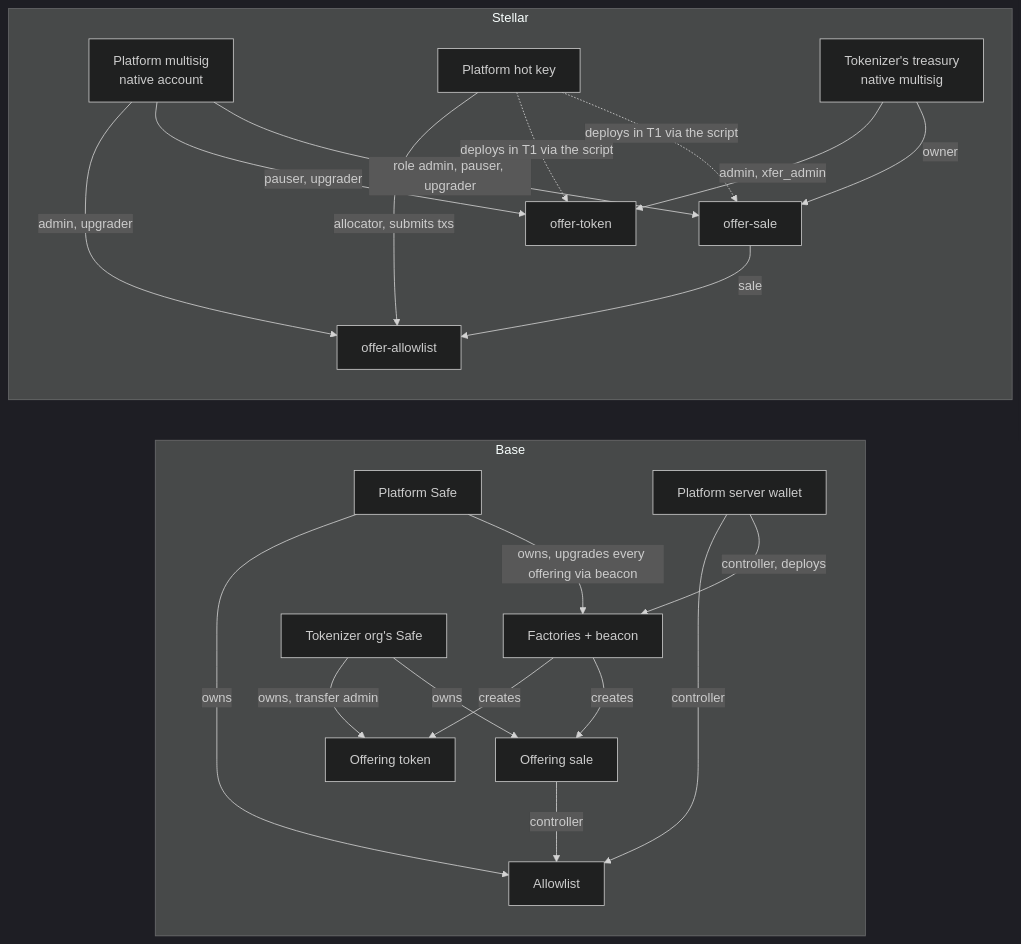
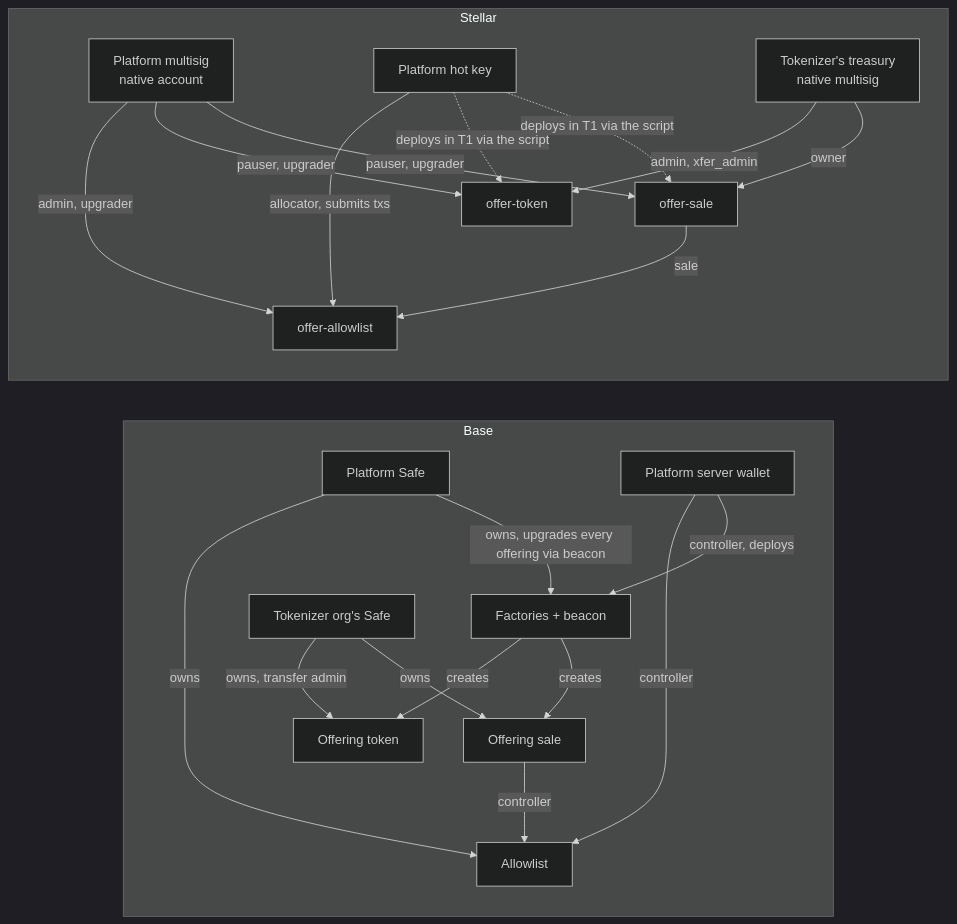
Before and after one commit to BWB-Labs/bwb-stellar: the second of 2 diagrams in docs/interface.md, drawn with Mermaid (dark theme). The commit also changed other lines of this file and 3 other files, not shown here.

````diff
--- a/docs/interface.md
+++ b/docs/interface.md
@@ -163,40 +165,40 @@
 ```mermaid
 flowchart LR
   subgraph Base
     direction TB
     PS[Platform Safe]
     PW[Platform server wallet]
     OS[Tokenizer org's Safe]
     BAL[Allowlist]
     BF[Factories + beacon]
     BT[Offering token]
     BS[Offering sale]
     PS -->|owns| BAL
     PS -->|owns, upgrades every offering via beacon| BF
     PW -->|controller| BAL
     PW -->|controller, deploys| BF
     BF -->|creates| BT
     BF -->|creates| BS
     OS -->|owns, transfer admin| BT
     OS -->|owns| BS
     BS -->|controller| BAL
   end
   subgraph Stellar
     direction TB
     PM[Platform multisig<br/>native account]
     HK[Platform hot key]
     IT[Tokenizer's treasury<br/>native multisig]
     SAL[offer-allowlist]
     ST[offer-token]
     SS[offer-sale]
     PM -->|admin, upgrader| SAL
     PM -->|pauser, upgrader| ST
-    PM -->|role admin, pauser, upgrader| SS
+    PM -->|pauser, upgrader| SS
     HK -->|allocator, submits txs| SAL
     HK -.->|deploys in T1 via the script| ST
     HK -.->|deploys in T1 via the script| SS
     IT -->|admin, xfer_admin| ST
     IT -->|owner| SS
     SS -->|sale| SAL
   end
 ```
````
